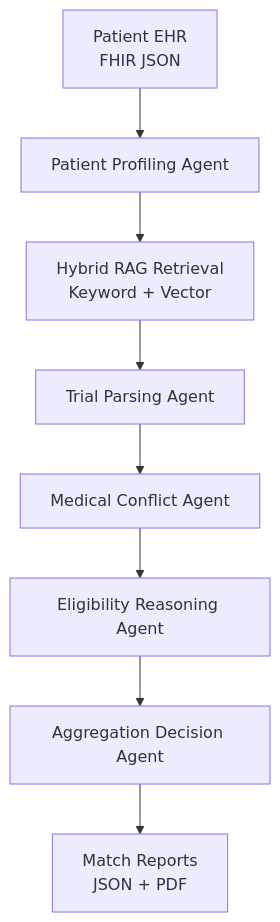
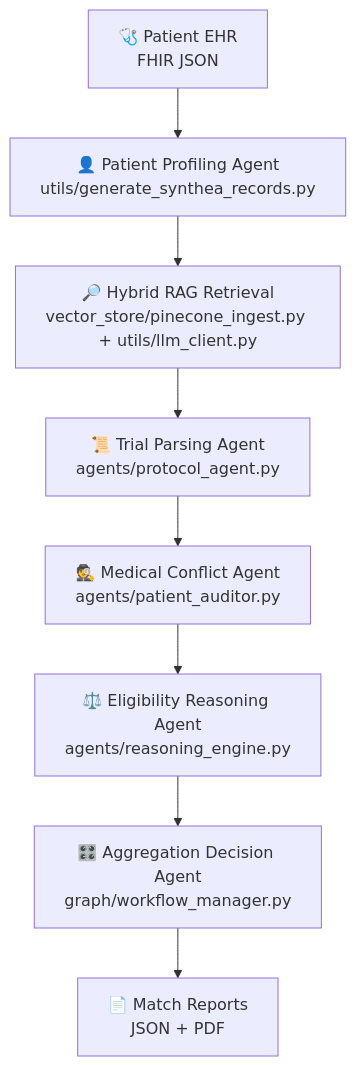
One commit to Yohansgit/multi_agent_clinical_trial_matching_system changed the diagram in README.md. Above: the diagram before and after it, drawn with Mermaid. The commit also changed other lines of this file, not shown here.

````diff
--- a/README.md
+++ b/README.md
@@ -85,14 +95,14 @@
 ```mermaid
 flowchart TB
-    EHR["Patient EHR<br/>FHIR JSON"]
-    EHR --> PA["Patient Profiling Agent"]
+    EHR["🩺 Patient EHR<br/>FHIR JSON"]
+    EHR --> PA["👤 Patient Profiling Agent<br/>utils/generate_synthea_records.py"]
 
-    PA --> RAG["Hybrid RAG Retrieval<br/>Keyword + Vector"]
-    RAG --> TP["Trial Parsing Agent"]
+    PA --> RAG["🔎 Hybrid RAG Retrieval<br/>vector_store/pinecone_ingest.py + utils/llm_client.py"]
+    RAG --> TP["📜 Trial Parsing Agent<br/>agents/protocol_agent.py"]
 
-    TP --> MC["Medical Conflict Agent"]
-    MC --> ER["Eligibility Reasoning Agent"]
-    ER --> AGG["Aggregation Decision Agent"]
+    TP --> MC["🕵️ Medical Conflict Agent<br/>agents/patient_auditor.py"]
+    MC --> ER["⚖️ Eligibility Reasoning Agent<br/>agents/reasoning_engine.py"]
+    ER --> AGG["🎛️ Aggregation Decision Agent<br/>graph/workflow_manager.py"]
 
-    AGG --> OUT["Match Reports<br/>JSON + PDF"]
+    AGG --> OUT["📄 Match Reports<br/>JSON + PDF"]
 ```
````
